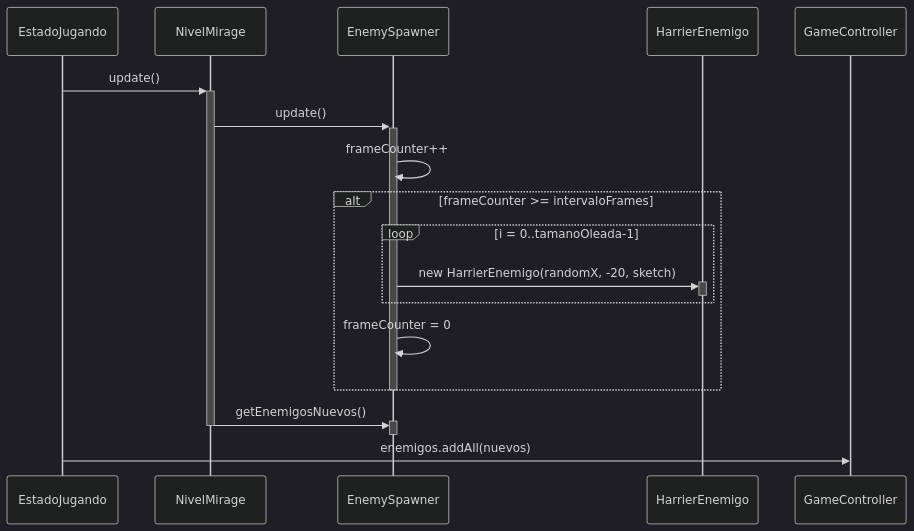
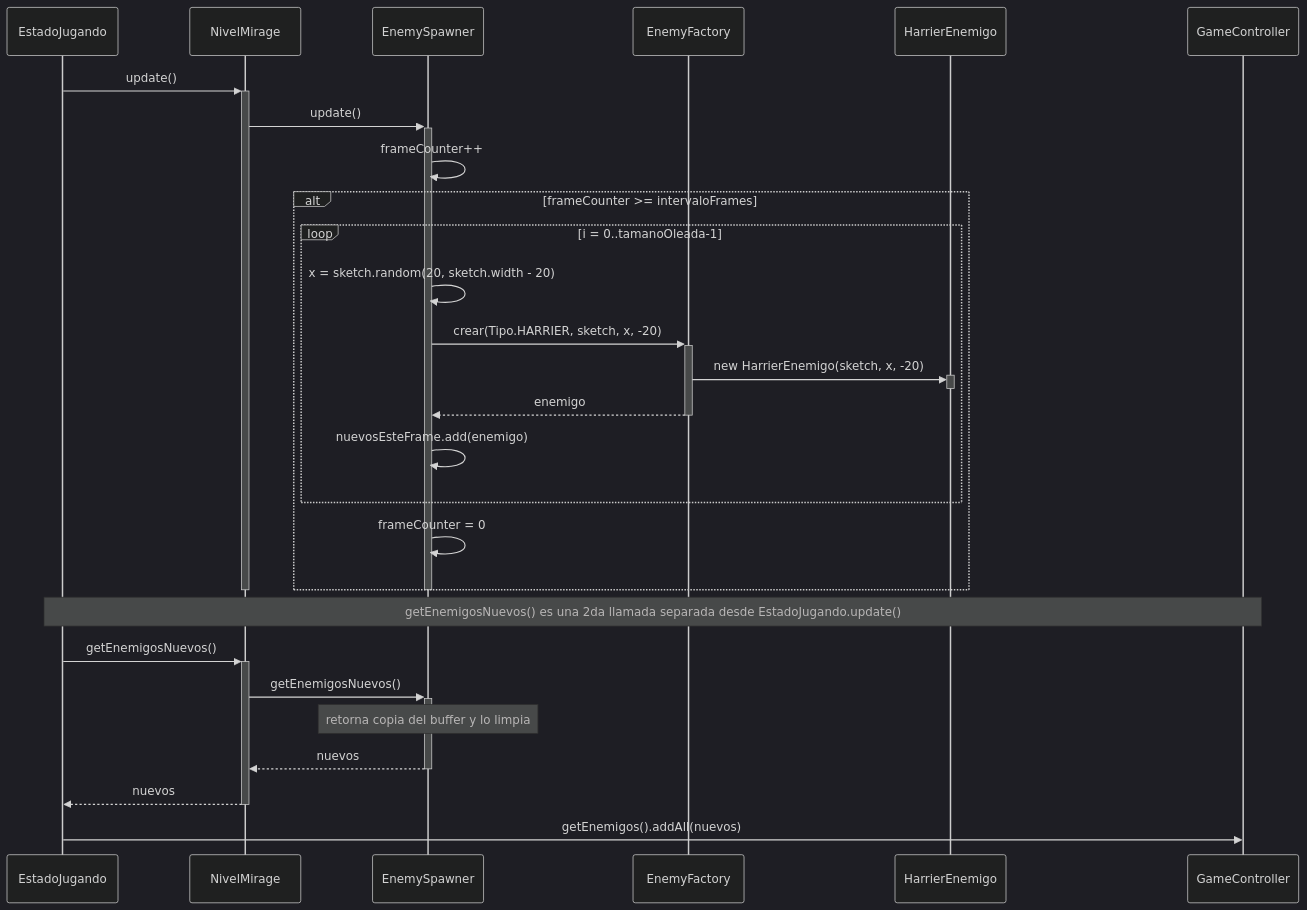
One commit to Christian-Rojas-Rodriguez/juego-1982 changed the seventh of 9 diagrams in docs/v1/analisis/casos-de-uso.md. Above: the diagram before and after it, drawn with Mermaid (dark theme). The commit also changed other lines of this file and 12 other files, not shown here.

First line of the commit message:
fix+docs: sincronizar diagramas v1 con el codigo, fixes de auditoria y warnings

````diff
--- a/docs/v1/analisis/casos-de-uso.md
+++ b/docs/v1/analisis/casos-de-uso.md
@@ -271,24 +335,34 @@
 ```mermaid
 sequenceDiagram
     participant EstadoJugando
     participant NivelMirage
     participant EnemySpawner
+    participant EnemyFactory
     participant HarrierEnemigo
     participant GameController
 
     EstadoJugando->>+NivelMirage: update()
     NivelMirage->>+EnemySpawner: update()
     EnemySpawner->>EnemySpawner: frameCounter++
     alt frameCounter >= intervaloFrames
         loop i = 0..tamanoOleada-1
-            EnemySpawner->>+HarrierEnemigo: new HarrierEnemigo(randomX, -20, sketch)
+            EnemySpawner->>EnemySpawner: x = sketch.random(20, sketch.width - 20)
+            EnemySpawner->>+EnemyFactory: crear(Tipo.HARRIER, sketch, x, -20)
+            EnemyFactory->>+HarrierEnemigo: new HarrierEnemigo(sketch, x, -20)
             deactivate HarrierEnemigo
+            EnemyFactory-->>-EnemySpawner: enemigo
+            EnemySpawner->>EnemySpawner: nuevosEsteFrame.add(enemigo)
         end
         EnemySpawner->>EnemySpawner: frameCounter = 0
     end
     deactivate EnemySpawner
+    deactivate NivelMirage
+
+    Note over EstadoJugando,GameController: getEnemigosNuevos() es una 2da llamada separada desde EstadoJugando.update()
+    EstadoJugando->>+NivelMirage: getEnemigosNuevos()
     NivelMirage->>+EnemySpawner: getEnemigosNuevos()
-    deactivate EnemySpawner
-    deactivate NivelMirage
-    EstadoJugando->>GameController: enemigos.addAll(nuevos)
+    Note over EnemySpawner: retorna copia del buffer y lo limpia
+    EnemySpawner-->>-NivelMirage: nuevos
+    NivelMirage-->>-EstadoJugando: nuevos
+    EstadoJugando->>GameController: getEnemigos().addAll(nuevos)
 ```
````
